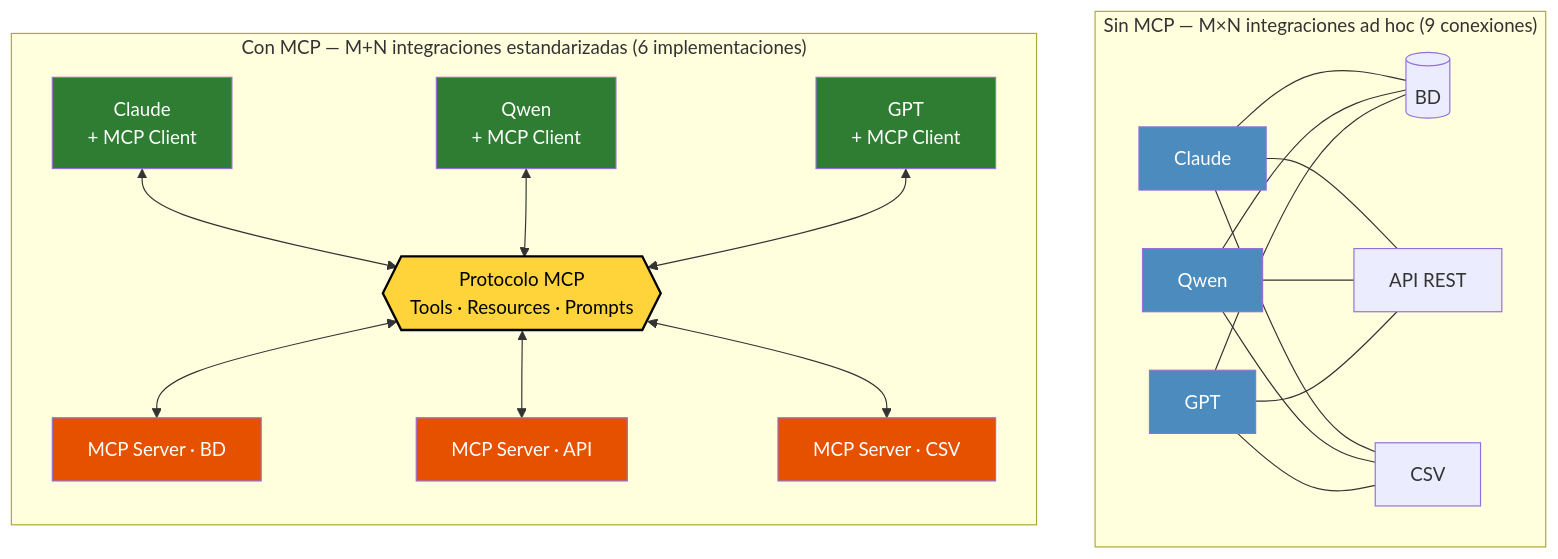
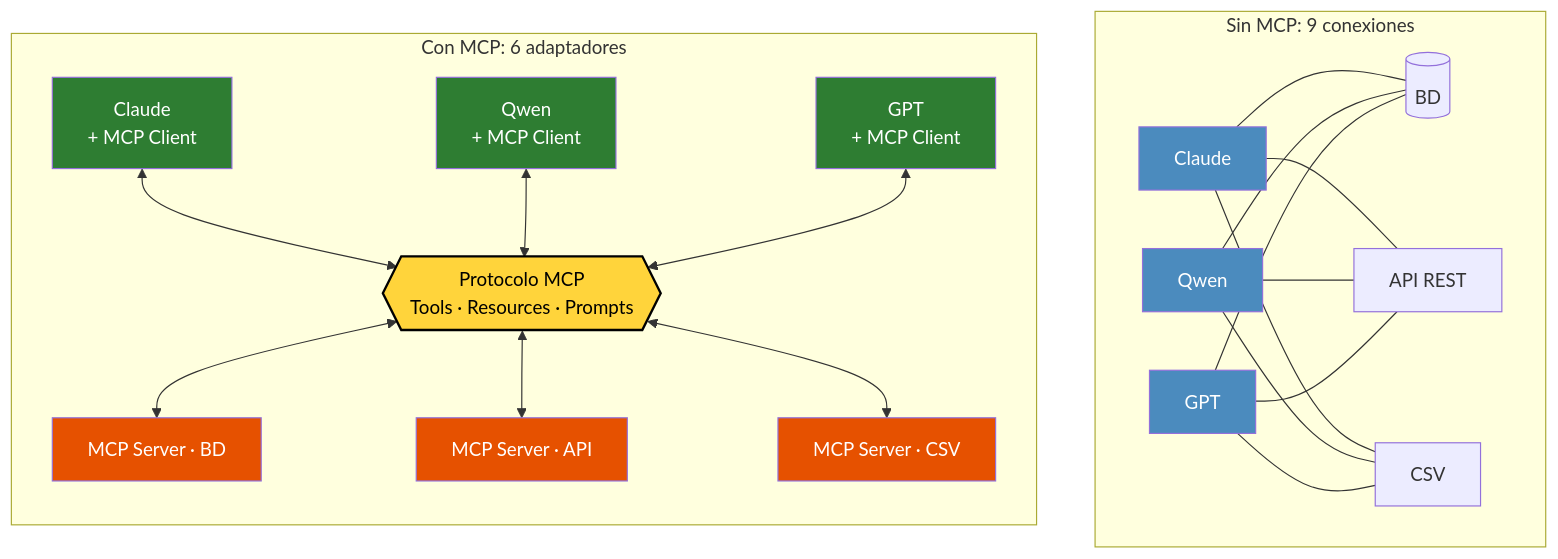
One commit to Adamychen/m10_quarto changed the first of 4 diagrams in bloque2/02d-mcp.qmd. Above: the diagram before and after it, drawn with Mermaid. The commit also changed other lines of this file and 57 other files, not shown here.

First line of the commit message:
fix: diagramas Mermaid rotos y modelo Llamus gemma4:26b

````diff
--- a/bloque2/02d-mcp.qmd
+++ b/bloque2/02d-mcp.qmd
@@ -36,43 +36,43 @@
 ```{mermaid}
 graph TB
-    subgraph "Sin MCP — M×N integraciones ad hoc (9 conexiones)"
+    subgraph "Sin MCP: 9 conexiones"
         direction LR
         L1[Claude] --- D1[(BD)]
         L1 --- D2[API REST]
         L1 --- D3[CSV]
         L2[Qwen] --- D1
         L2 --- D2
         L2 --- D3
         L3[GPT] --- D1
         L3 --- D2
         L3 --- D3
     end
 
-    subgraph "Con MCP — M+N integraciones estandarizadas (6 implementaciones)"
+    subgraph "Con MCP: 6 adaptadores"
         direction TB
         LC[Claude<br/>+ MCP Client]
         LQ[Qwen<br/>+ MCP Client]
         LG[GPT<br/>+ MCP Client]
         PROTO{{"Protocolo MCP<br/>Tools · Resources · Prompts"}}
         S1[MCP Server · BD]
         S2[MCP Server · API]
         S3[MCP Server · CSV]
         LC <--> PROTO
         LQ <--> PROTO
         LG <--> PROTO
         PROTO <--> S1
         PROTO <--> S2
         PROTO <--> S3
     end
 
     style L1 fill:#4B8BBE,color:#fff
     style L2 fill:#4B8BBE,color:#fff
     style L3 fill:#4B8BBE,color:#fff
     style LC fill:#2e7d32,color:#fff
     style LQ fill:#2e7d32,color:#fff
     style LG fill:#2e7d32,color:#fff
     style S1 fill:#e65100,color:#fff
     style S2 fill:#e65100,color:#fff
     style S3 fill:#e65100,color:#fff
     style PROTO fill:#FFD43B,color:#000,stroke:#000,stroke-width:2px
 ```
````
